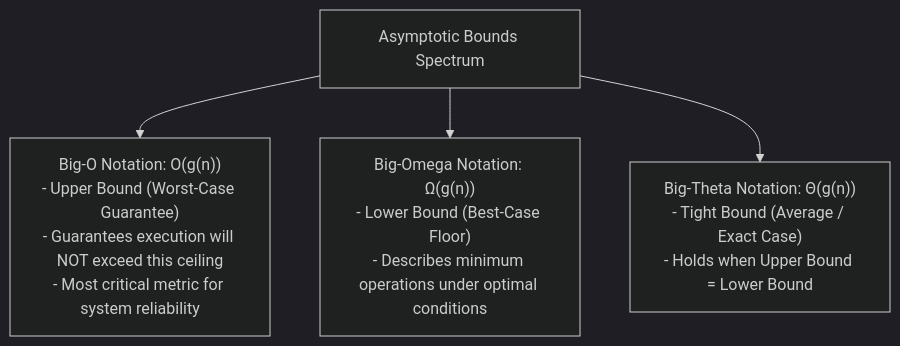
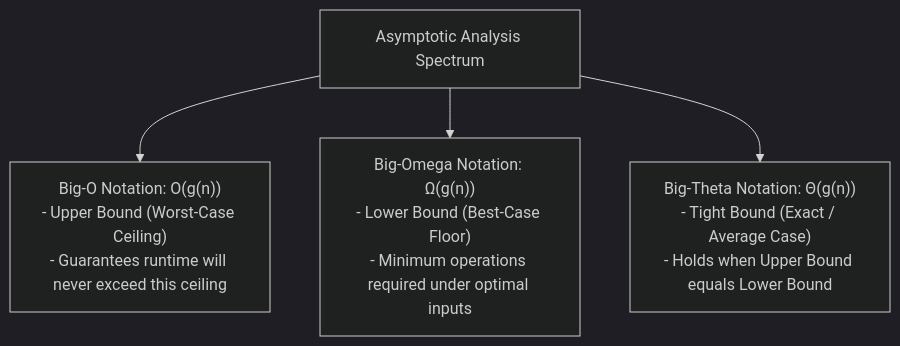
One commit to Amie-dev/engineering-playbook changed the second of 5 diagrams in js-dsa/01-big-o-notation.md. Above: the diagram before and after it, drawn with Mermaid (dark theme). The commit also changed other lines of this file and 24 other files, not shown here.

````diff
--- a/js-dsa/01-big-o-notation.md
+++ b/js-dsa/01-big-o-notation.md
@@ -15,8 +33,8 @@
 ```mermaid
 flowchart TD
-    AsymptoticBounds[Asymptotic Bounds Spectrum] --> BigO["Big-O Notation: O(g(n))<br/>- Upper Bound (Worst-Case Guarantee)<br/>- Guarantees execution will NOT exceed this ceiling<br/>- Most critical metric for system reliability"]
+    AsymptoticBounds[Asymptotic Analysis Spectrum] --> BigO["Big-O Notation: O(g(n))<br/>- Upper Bound (Worst-Case Ceiling)<br/>- Guarantees runtime will never exceed this ceiling"]
     
-    AsymptoticBounds --> BigOmega["Big-Omega Notation: Ω(g(n))<br/>- Lower Bound (Best-Case Floor)<br/>- Describes minimum operations under optimal conditions"]
+    AsymptoticBounds --> BigOmega["Big-Omega Notation: Ω(g(n))<br/>- Lower Bound (Best-Case Floor)<br/>- Minimum operations required under optimal inputs"]
     
-    AsymptoticBounds --> BigTheta["Big-Theta Notation: Θ(g(n))<br/>- Tight Bound (Average / Exact Case)<br/>- Holds when Upper Bound = Lower Bound"]
+    AsymptoticBounds --> BigTheta["Big-Theta Notation: Θ(g(n))<br/>- Tight Bound (Exact / Average Case)<br/>- Holds when Upper Bound equals Lower Bound"]
 ```
````
